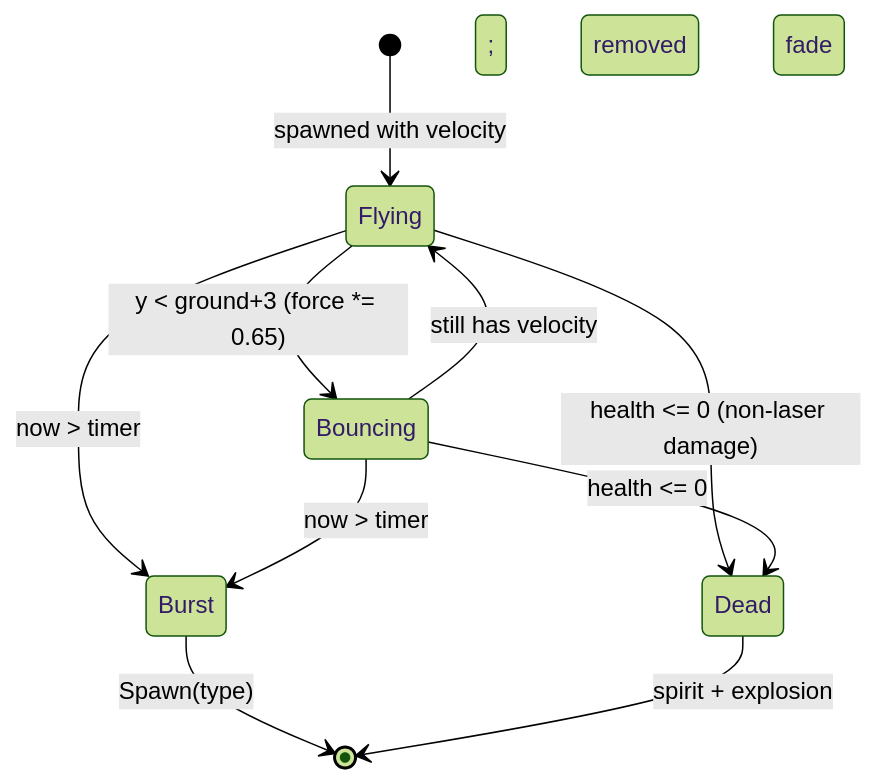
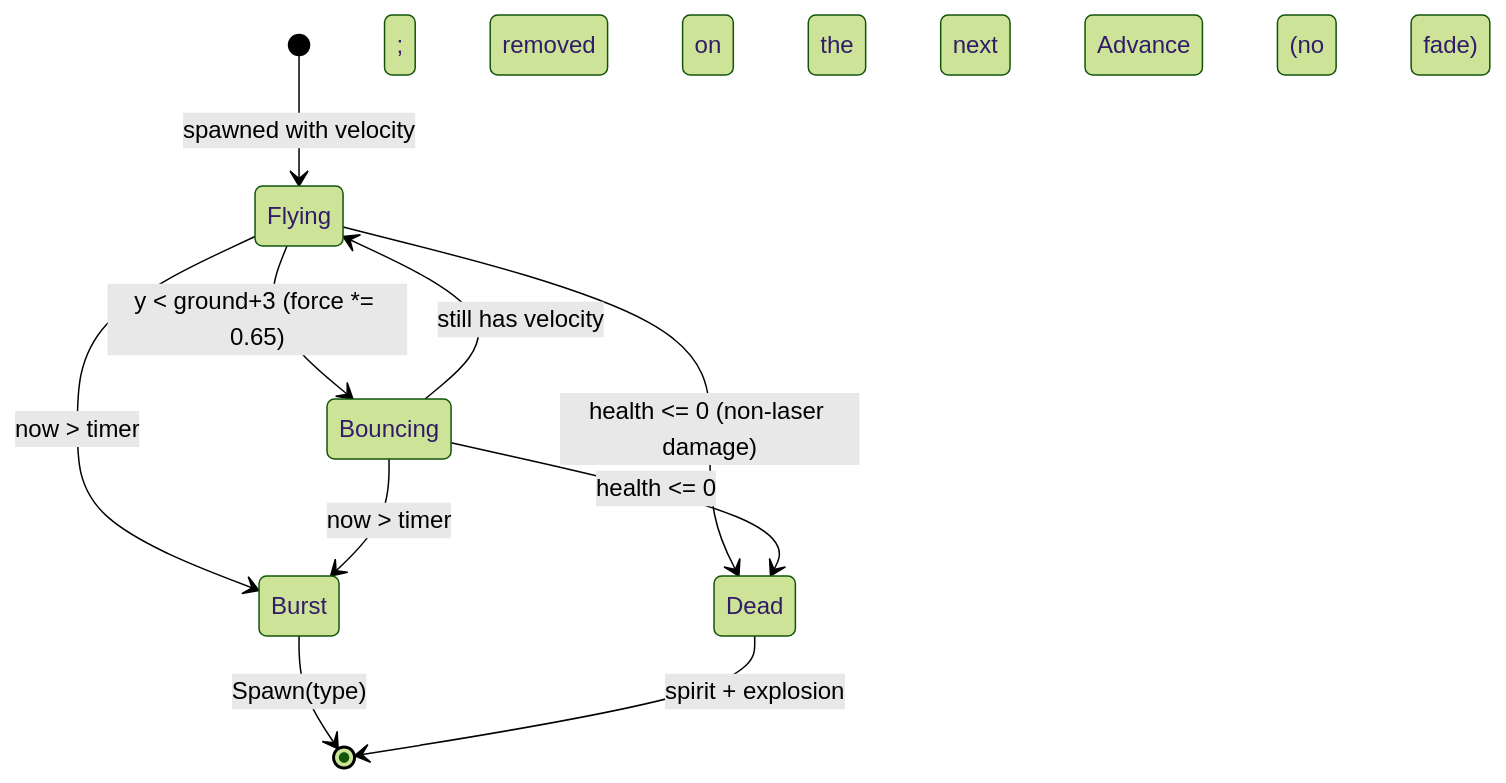
The second of 11 diagrams in design/_work/drafts/P05_entities_creatures.md (Zwaliebaba/Species.AI), drawn with Mermaid (forest theme) before and after one commit. The commit also changed other lines of this file and 8 other files, not shown here.

````diff
--- a/design/_work/drafts/P05_entities_creatures.md
+++ b/design/_work/drafts/P05_entities_creatures.md
@@ -230,12 +230,12 @@
 ```mermaid
 stateDiagram-v2
     [*] --> Flying: spawned with velocity
     Flying --> Bouncing: y < ground+3 (force *= 0.65)
     Bouncing --> Flying: still has velocity
     Flying --> Burst: now > timer
     Bouncing --> Burst: now > timer
     Flying --> Dead: health <= 0 (non-laser damage)
     Bouncing --> Dead: health <= 0
     Burst --> [*]: Spawn(type); removed
-    Dead --> [*]: spirit + explosion; fade
+    Dead --> [*]: spirit + explosion; removed on the next Advance (no fade)
 ```
````
